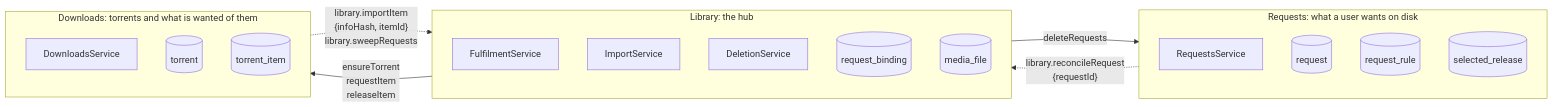
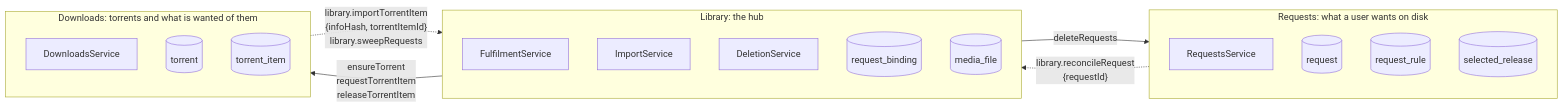
One commit to aleksilassila/reiverr changed the first of 5 diagrams in docs/backend-architecture.md. Above: the diagram before and after it, drawn with Mermaid. The commit also changed other lines of this file and 26 other files, not shown here.

````diff
--- a/docs/backend-architecture.md
+++ b/docs/backend-architecture.md
@@ -9,28 +9,28 @@
 ```mermaid
 flowchart LR
   subgraph requests["Requests: what a user wants on disk"]
     RS["RequestsService"]
     RQ[("request")]
     RR[("request_rule")]
     SR[("selected_release")]
   end
 
   subgraph library["Library: the hub"]
     FS["FulfilmentService"]
     IS["ImportService"]
     DEL["DeletionService"]
     RB[("request_binding")]
     MF[("media_file")]
   end
 
   subgraph downloads["Downloads: torrents and what is wanted of them"]
     DS["DownloadsService"]
     T[("torrent")]
     TI[("torrent_item")]
   end
 
   requests -.->|"library.reconcileRequest<br/>{requestId}"| library
   library -->|"deleteRequests"| requests
-  library -->|"ensureTorrent<br/>requestItem<br/>releaseItem"| downloads
-  downloads -.->|"library.importItem<br/>{infoHash, itemId}<br/>library.sweepRequests"| library
+  library -->|"ensureTorrent<br/>requestTorrentItem<br/>releaseTorrentItem"| downloads
+  downloads -.->|"library.importTorrentItem<br/>{infoHash, torrentItemId}<br/>library.sweepRequests"| library
 ```
````
